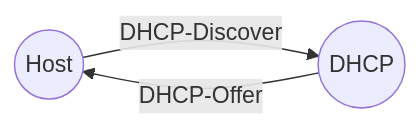
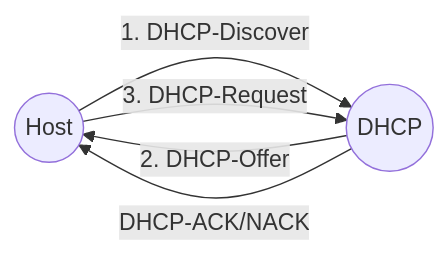
One commit to LeonStoldt/technische-Grundlagen-der-Informatik changed the second of 2 diagrams in content.md. Above: the diagram before and after it, drawn with Mermaid. The commit also changed other lines of this file, not shown here.

Commit message:
content.md updated from https://stackedit.io/

````diff
--- a/content.md
+++ b/content.md
@@ -596,6 +596,7 @@
 ``` mermaid
 graph LR
-H((Host)) --DHCP-Discover--> D((DHCP))
-D --DHCP-Offer--> H
-
+H((Host)) --1. DHCP-Discover--> D((DHCP))
+D --2. DHCP-Offer--> H
+H --3. DHCP-Request--> D
+D --DHCP-ACK/NACK--> H
 ```
````
